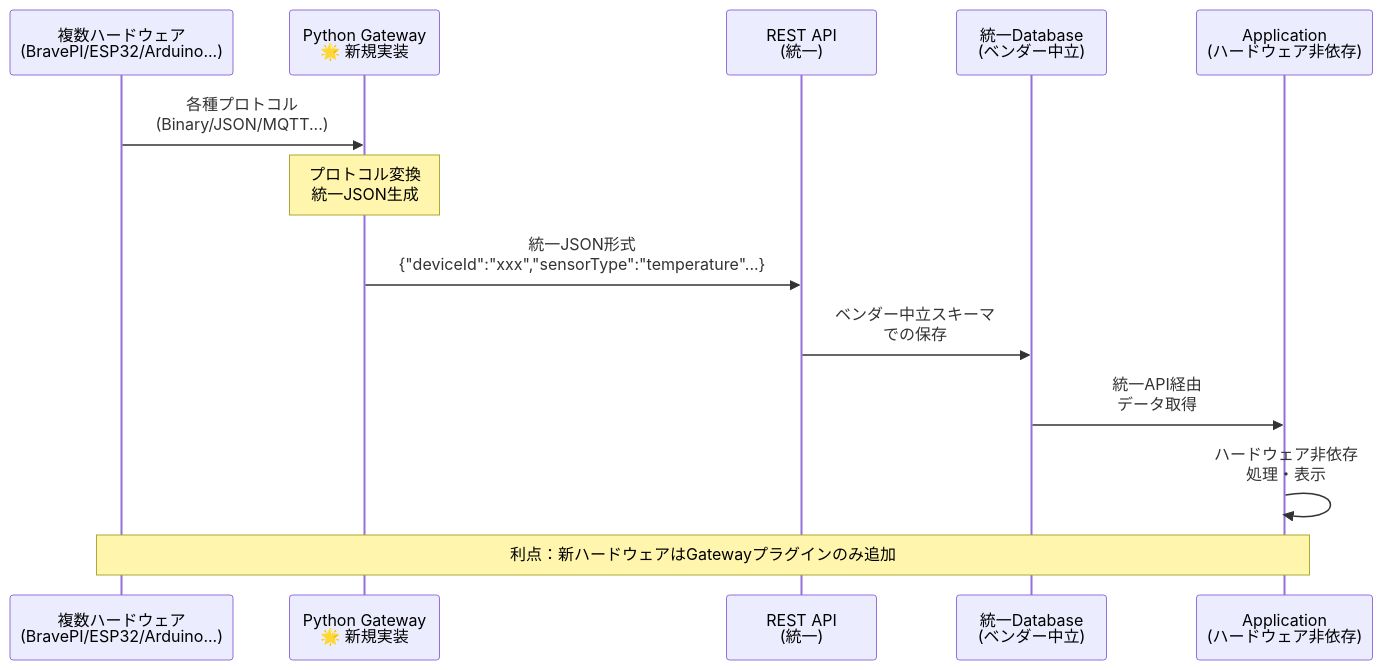
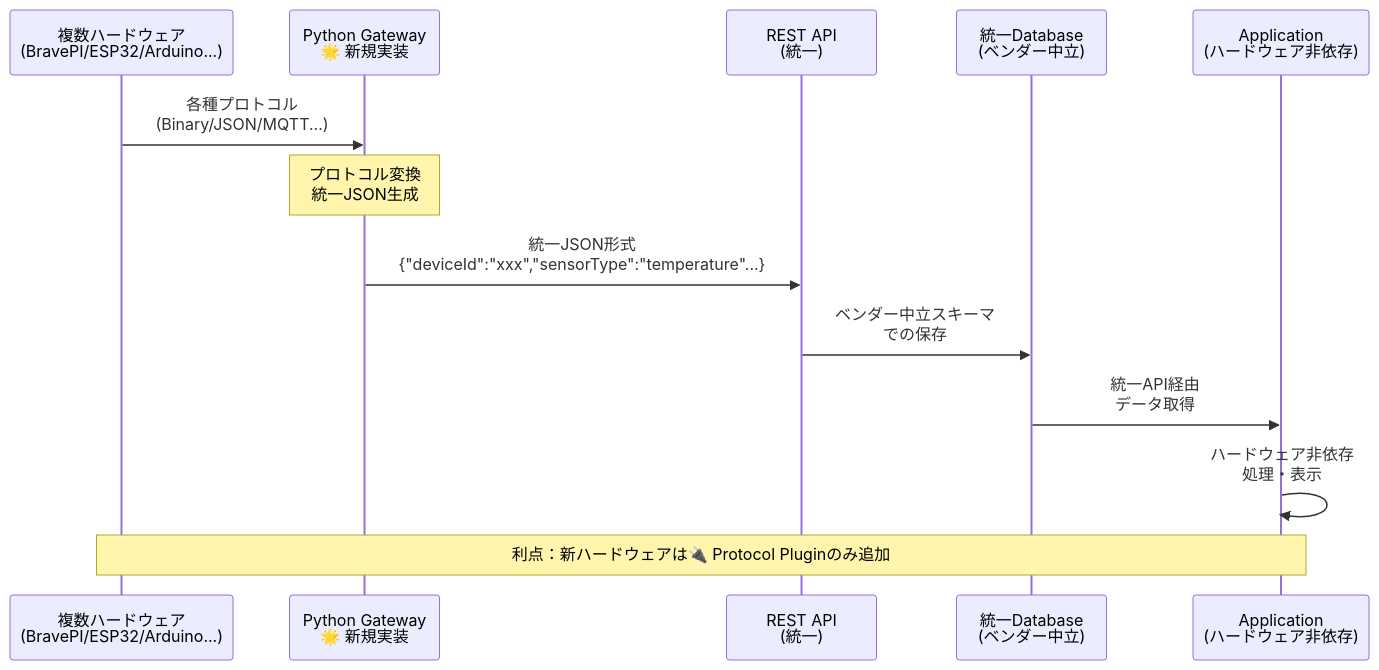
One commit to w-pinkietech/iot4-copy changed the tenth of 12 diagrams in docs/new-system/architecture/system-overview-diagrams.md. Above: the diagram before and after it, drawn with Mermaid. The commit also changed other lines of this file, not shown here.

````diff
--- a/docs/new-system/architecture/system-overview-diagrams.md
+++ b/docs/new-system/architecture/system-overview-diagrams.md
@@ -549,17 +553,17 @@
 ```mermaid
 sequenceDiagram
     participant Multiple as 複数ハードウェア<br/>(BravePI/ESP32/Arduino...)
     participant Gateway as Python Gateway<br/>🌟 新規実装
     participant API as REST API<br/>(統一)
     participant Database as 統一Database<br/>(ベンダー中立)
     participant App as Application<br/>(ハードウェア非依存)
     
     Multiple->>Gateway: 各種プロトコル<br/>(Binary/JSON/MQTT...)
     Note over Gateway: プロトコル変換<br/>統一JSON生成
     Gateway->>API: 統一JSON形式<br/>{"deviceId":"xxx","sensorType":"temperature"...}
     API->>Database: ベンダー中立スキーマ<br/>での保存
     Database->>App: 統一API経由<br/>データ取得
     App->>App: ハードウェア非依存<br/>処理・表示
     
-    Note over Multiple,App: 利点：新ハードウェアはGatewayプラグインのみ追加
+    Note over Multiple,App: 利点：新ハードウェアは🔌 Protocol Pluginのみ追加
 ```
````
